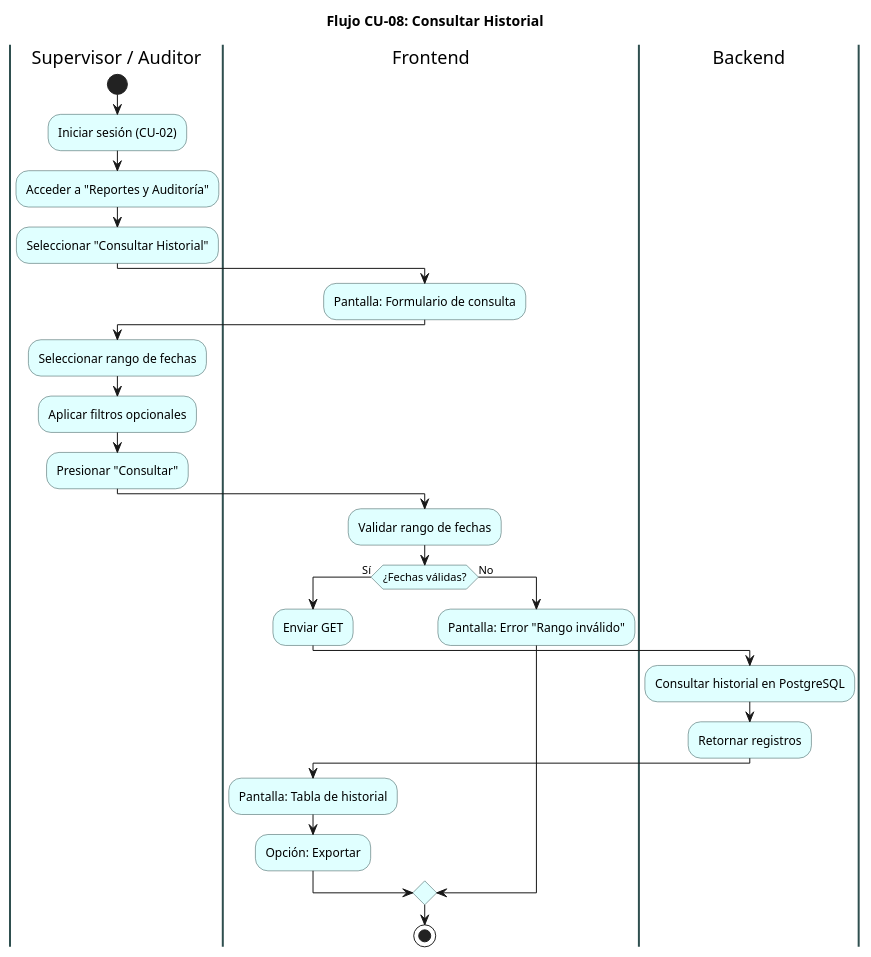
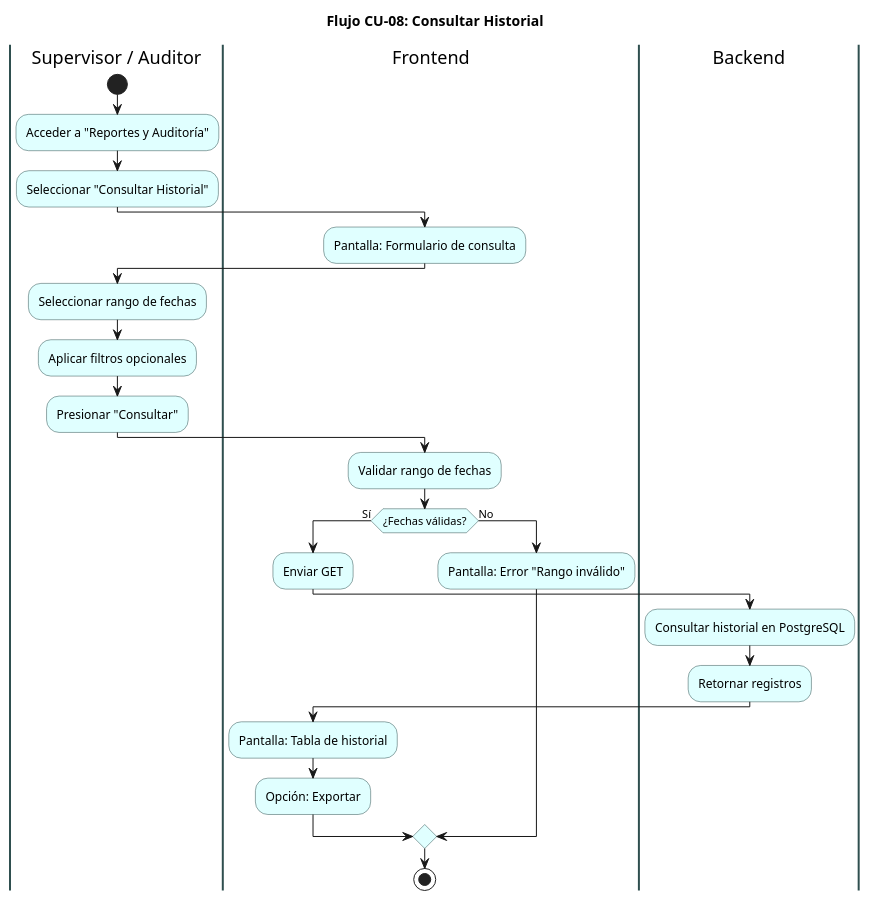
One commit to ElianMMCode/Zone-Control changed the diagram in docs/diagramas/flujo/13_flujo_historial.puml. Above: the diagram before and after it, drawn with PlantUML. The commit also changed 7 other files, not shown here.

```diff
--- a/docs/diagramas/flujo/13_flujo_historial.puml
+++ b/docs/diagramas/flujo/13_flujo_historial.puml
@@ -1,53 +1,51 @@
 @startuml
 title Flujo CU-08: Consultar Historial
 skinparam activity {
   BackgroundColor LightCyan
   BorderColor DarkSlateGray
 }
 skinparam swimlane {
   BorderColor DarkSlateGray
   BorderThickness 2
 }
 
 |Supervisor / Auditor|
 start
-:Iniciar sesión (CU-02);
-
 :Acceder a "Reportes y Auditoría";
 
 :Seleccionar "Consultar Historial";
 
 |Frontend|
 :Pantalla: Formulario de consulta;
 
 |Supervisor / Auditor|
 :Seleccionar rango de fechas;
 
 :Aplicar filtros opcionales;
 
 :Presionar "Consultar";
 
 |Frontend|
 :Validar rango de fechas;
 
 if (¿Fechas válidas?) then (Sí)
   :Enviar GET;
 
   |Backend|
   :Consultar historial en PostgreSQL;
 
   :Retornar registros;
 
   |Frontend|
   :Pantalla: Tabla de historial;
 
   :Opción: Exportar;
 
 else (No)
   :Pantalla: Error "Rango inválido";
 
 endif
 
 stop
 
 @enduml
```
